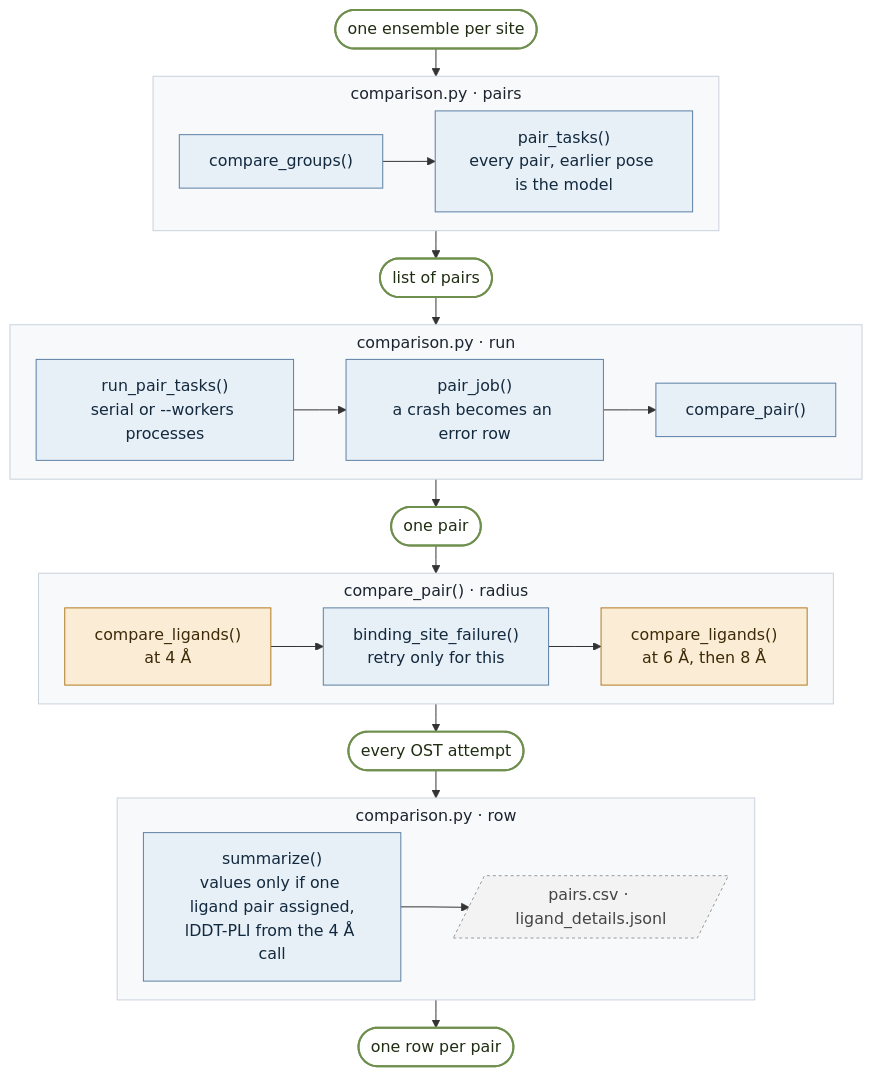
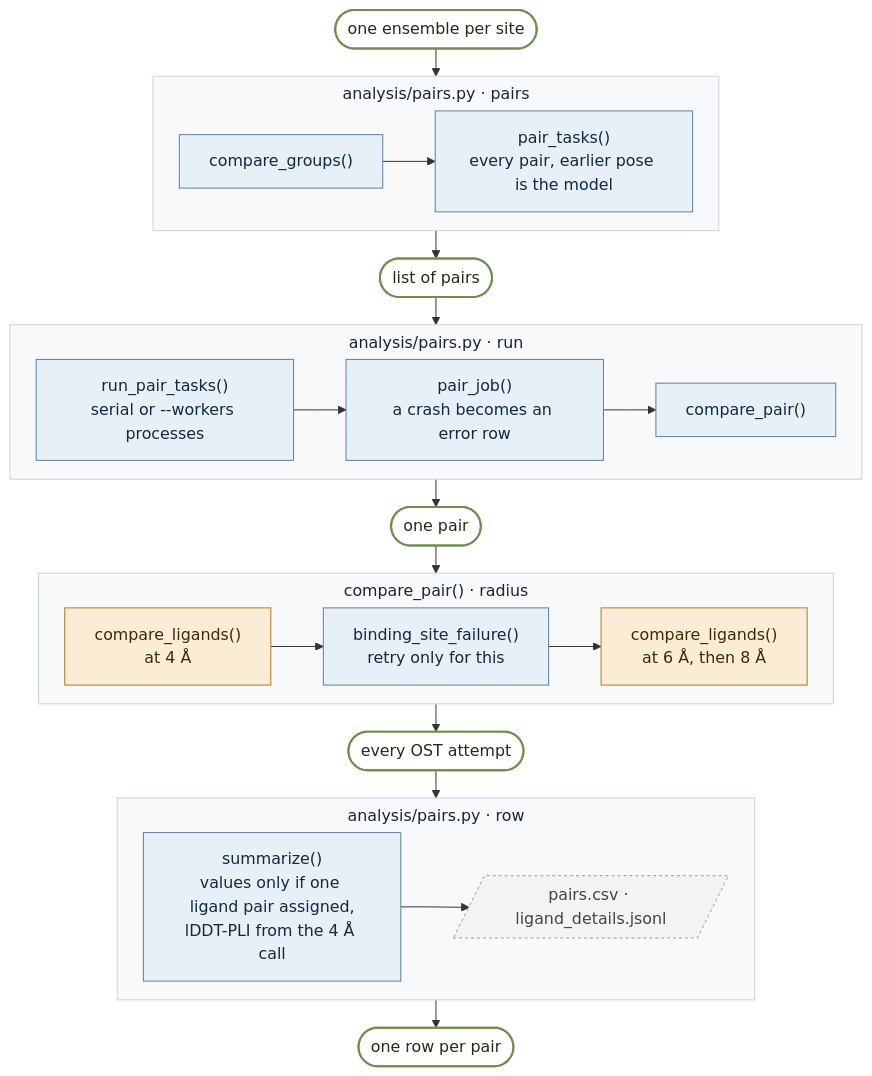
Before and after one commit to James-Broster/core-score: the sixth of 9 diagrams in docs/code-map.md, drawn with Mermaid. The commit also changed other lines of this file and 47 other files, not shown here.

````diff
--- a/docs/code-map.md
+++ b/docs/code-map.md
@@ -282,39 +285,39 @@
 ```mermaid
 %%{init: {"flowchart": {"curve": "linear", "nodeSpacing": 18, "rankSpacing": 28, "subGraphTitleMargin": {"top": 6, "bottom": 10}}}}%%
 flowchart TB
     classDef fn fill:#e7eff7,stroke:#5b7fa3,color:#13293d
     classDef ost fill:#fbedd5,stroke:#b07a1e,color:#3d2a08
     classDef data fill:#ffffff,stroke:#6f8f4e,color:#1f2d12,stroke-width:2px
     classDef file fill:#f3f3f3,stroke:#9a9a9a,color:#444,stroke-dasharray:3 3
     classDef stage fill:#f7f9fb,stroke:#c9d2dc,color:#1b2430
 
     start(["one ensemble per site"]):::data
 
-    subgraph C1["comparison.py · pairs"]
+    subgraph C1["analysis/pairs.py · pairs"]
         direction LR
         a1["compare_groups()"]:::fn --> a2["pair_tasks()<br/>every pair, earlier pose is the model"]:::fn
     end
     d1(["list of pairs"]):::data
 
-    subgraph C2["comparison.py · run"]
+    subgraph C2["analysis/pairs.py · run"]
         direction LR
         b1["run_pair_tasks()<br/>serial or --workers processes"]:::fn --> b2["pair_job()<br/>a crash becomes an error row"]:::fn --> b3["compare_pair()"]:::fn
     end
     d2(["one pair"]):::data
 
     subgraph C3["compare_pair() · radius"]
         direction LR
         c1["compare_ligands()<br/>at 4 Å"]:::ost --> c2["binding_site_failure()<br/>retry only for this"]:::fn --> c3["compare_ligands()<br/>at 6 Å, then 8 Å"]:::ost
     end
     d3(["every OST attempt"]):::data
 
-    subgraph C4["comparison.py · row"]
+    subgraph C4["analysis/pairs.py · row"]
         direction LR
         e1["summarize()<br/>values only if one ligand pair assigned,<br/>lDDT-PLI from the 4 Å call"]:::fn --> e2[/"pairs.csv · ligand_details.jsonl"/]:::file
     end
     d4(["one row per pair"]):::data
 
     start --> C1 --> d1 --> C2 --> d2 --> C3 --> d3 --> C4 --> d4
 
     class C1,C2,C3,C4 stage
 ```
````
